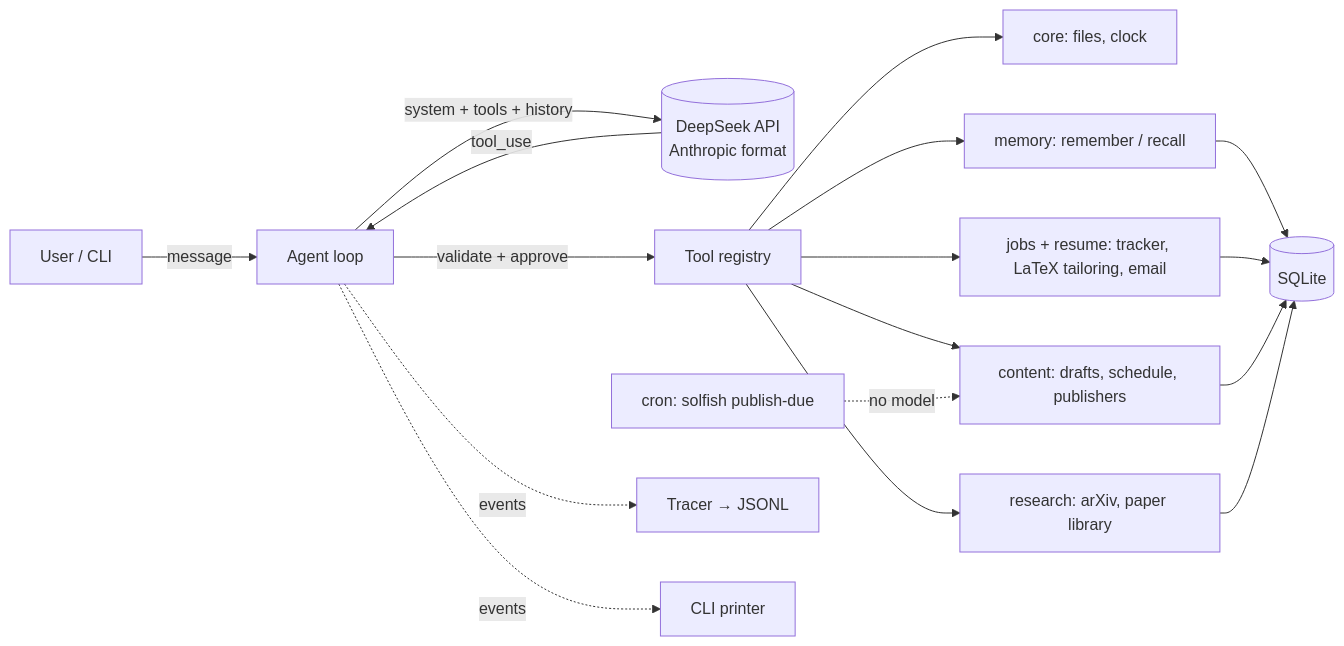
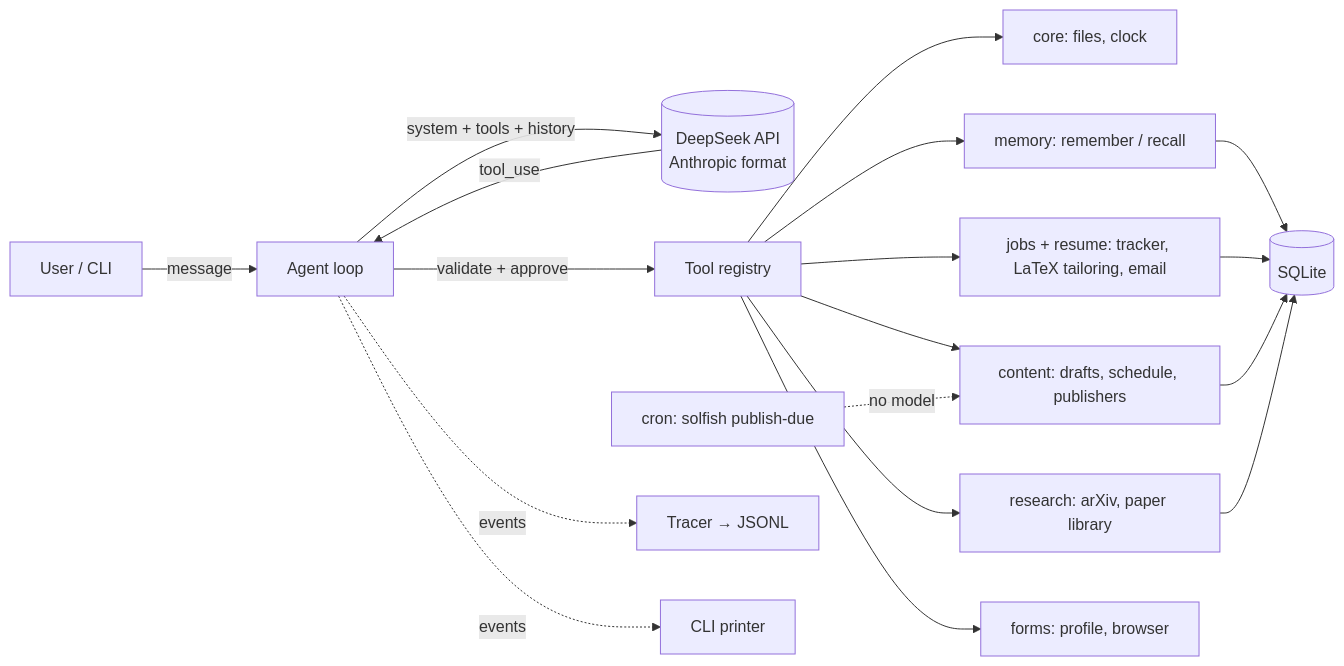
Before and after one commit to yx-yan/Solfish: the diagram in README.md, drawn with Mermaid. The commit also changed other lines of this file and 9 other files, not shown here.

First line of the commit message:
Add forms skill: fill web forms from a local profile

````diff
--- a/README.md
+++ b/README.md
@@ -36,16 +37,17 @@
 ```mermaid
 flowchart LR
     U[User / CLI] -->|message| L[Agent loop]
     L -->|system + tools + history| M[(DeepSeek API<br/>Anthropic format)]
     M -->|tool_use| L
     L -->|validate + approve| R[Tool registry]
     R --> S1[core: files, clock]
     R --> S2[memory: remember / recall]
     R --> S3[jobs + resume: tracker, LaTeX tailoring, email]
     R --> S4[content: drafts, schedule, publishers]
     R --> S5[research: arXiv, paper library]
+    R --> S6[forms: profile, browser]
     S2 & S3 & S4 & S5 --> DB[(SQLite)]
     C[cron: solfish publish-due] -.no model.-> S4
     L -.events.-> T[Tracer → JSONL]
     L -.events.-> P[CLI printer]
 ```
````
